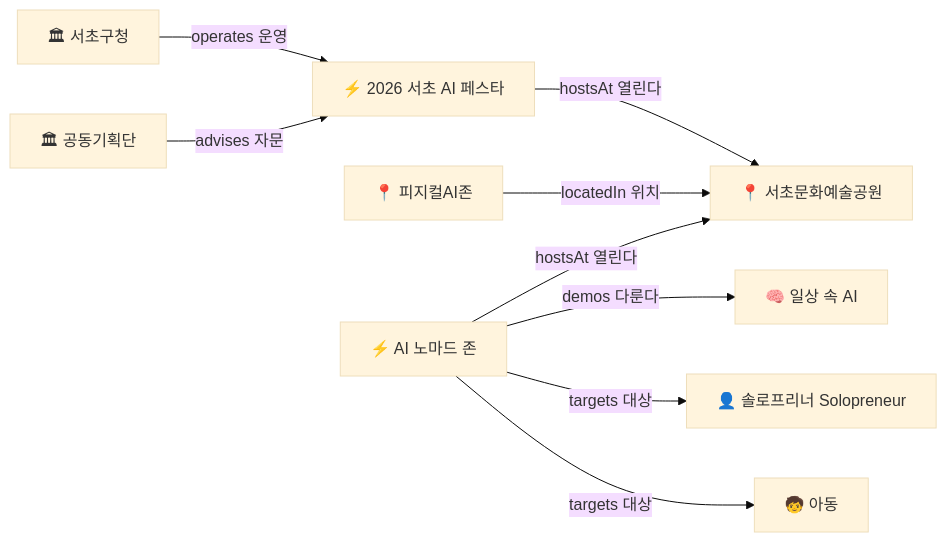
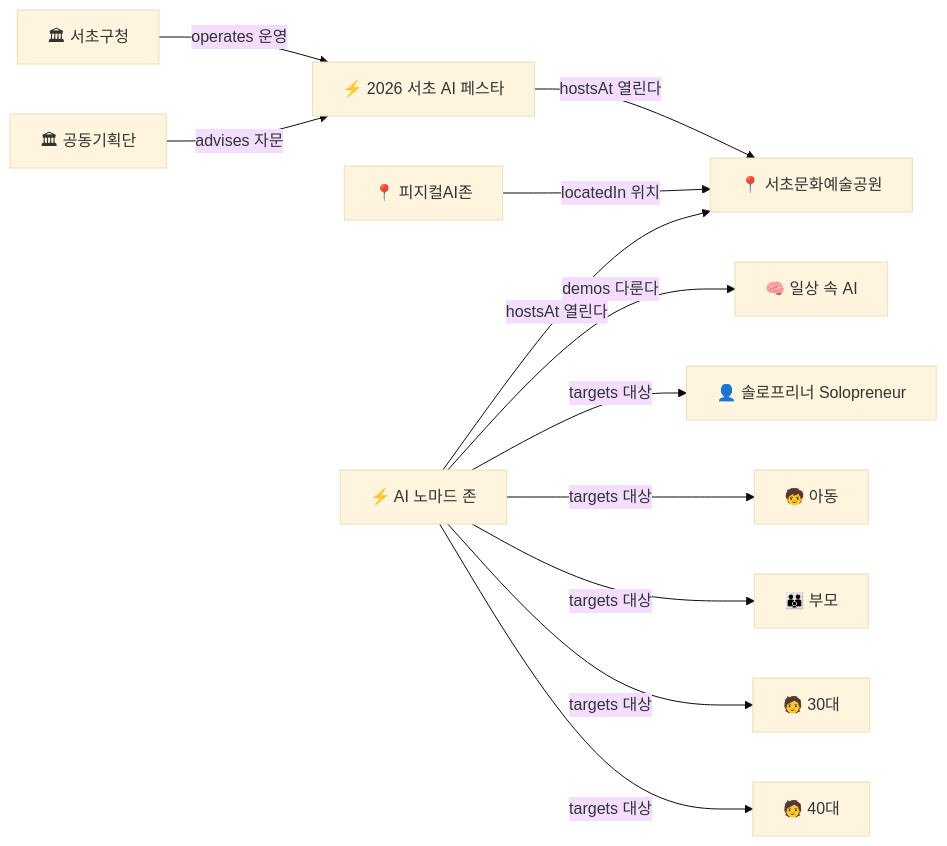
One commit to Celine96/ontology-study changed the diagram in seocho-mini-ontology/README.md. Above: the diagram before and after it, drawn with Mermaid (base theme). The commit also changed 1 other file, not shown here.

Commit message:
노마드존에 새 대상 연결: 부모·30대·40대 targets 추가 (중복 없이 기존 점 재사용)

````diff
--- a/seocho-mini-ontology/README.md
+++ b/seocho-mini-ontology/README.md
@@ -22,11 +22,14 @@
 ```mermaid
 graph LR
   org_gu["🏛 서초구청"] -->|operates 운영| fest["⚡ 2026 서초 AI 페스타"]
   fest -->|hostsAt 열린다| park["📍 서초문화예술공원"]
   zone["📍 피지컬AI존"] -->|locatedIn 위치| park
   com["🏛 공동기획단"] -->|advises 자문| fest
   nomad["⚡ AI 노마드 존"] -->|hostsAt 열린다| park
   nomad -->|demos 다룬다| topic["🧠 일상 속 AI"]
   nomad -->|targets 대상| solopreneur["👤 솔로프리너 Solopreneur"]
   nomad -->|targets 대상| kids["🧒 아동"]
+  nomad -->|targets 대상| parent["👪 부모"]
+  nomad -->|targets 대상| age30["🧑 30대"]
+  nomad -->|targets 대상| age40["🧑 40대"]
 ```
````
